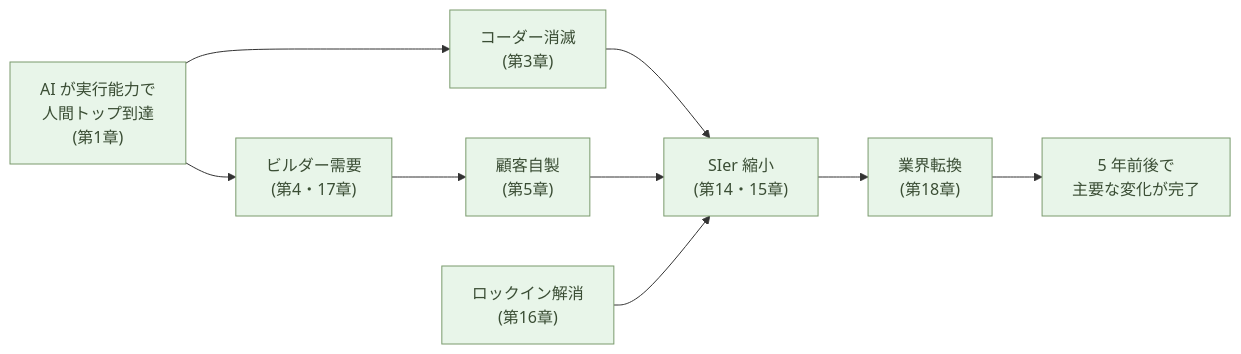
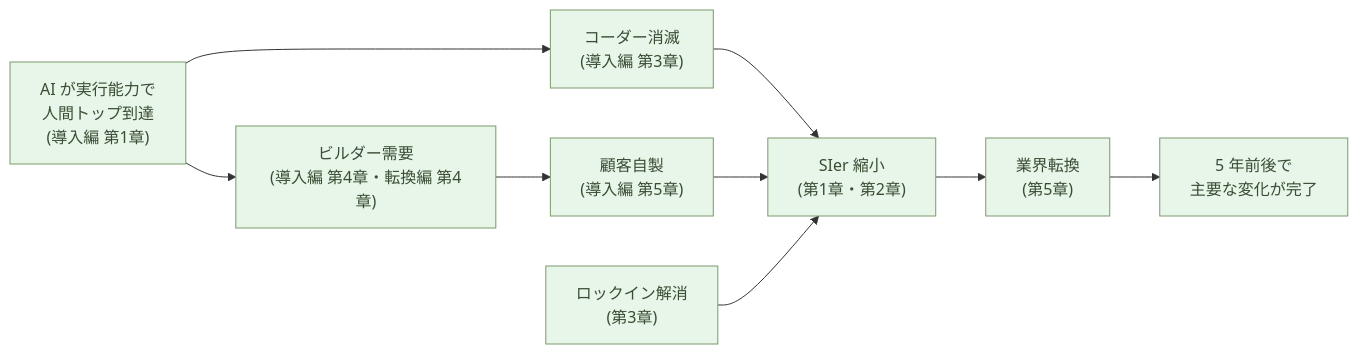
The diagram in articles/ai-native-ways/software/23-five-years/ja.md (aiseed-dev/website), drawn with Mermaid before and after one commit. The commit also changed other lines of this file and 34 other files, not shown here.

````diff
--- a/articles/ai-native-ways/software/23-five-years/ja.md
+++ b/articles/ai-native-ways/software/23-five-years/ja.md
@@ -49,23 +49,23 @@
 ```mermaid
 flowchart LR
-  AI["AI が実行能力で<br/>人間トップ到達<br/>(第1章)"]
-  Coder["コーダー消滅<br/>(第3章)"]
-  Builder["ビルダー需要<br/>(第4・17章)"]
-  Customer["顧客自製<br/>(第5章)"]
-  SIer["SIer 縮小<br/>(第14・15章)"]
-  Lock["ロックイン解消<br/>(第16章)"]
-  Industry["業界転換<br/>(第18章)"]
+  AI["AI が実行能力で<br/>人間トップ到達<br/>(導入編 第1章)"]
+  Coder["コーダー消滅<br/>(導入編 第3章)"]
+  Builder["ビルダー需要<br/>(導入編 第4章・転換編 第4章)"]
+  Customer["顧客自製<br/>(導入編 第5章)"]
+  SIer["SIer 縮小<br/>(第1章・第2章)"]
+  Lock["ロックイン解消<br/>(第3章)"]
+  Industry["業界転換<br/>(第5章)"]
   Done["5 年前後で<br/>主要な変化が完了"]
 
   AI --> Coder
   AI --> Builder
   Builder --> Customer
   Coder --> SIer
   Customer --> SIer
   Lock --> SIer
   SIer --> Industry
   Industry --> Done
 
   classDef good fill:#e8f5e9,stroke:#7a9a6d,color:#3a4d34
   class AI,Coder,Builder,Customer,SIer,Lock,Industry,Done good
 ```
````
